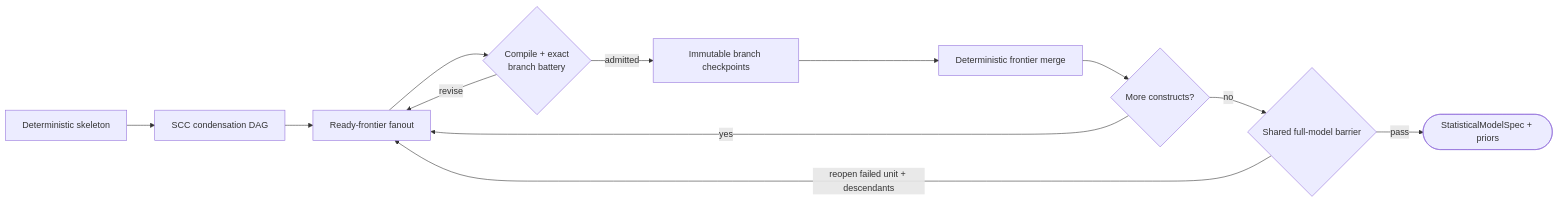
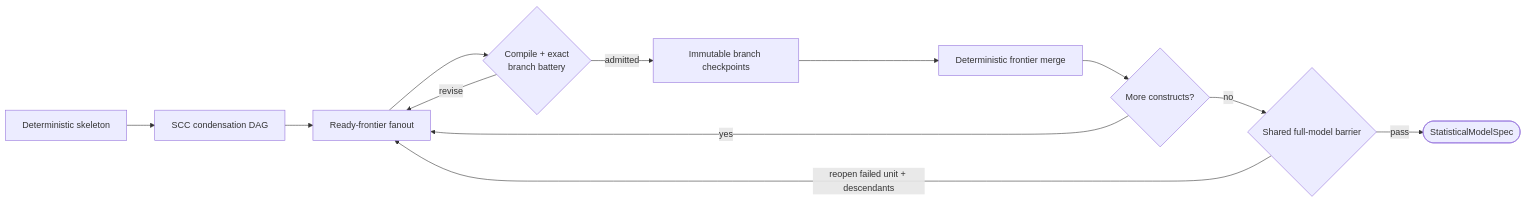
One commit to ma9o/nof1-causal-lab changed the diagram in docs/pipeline/statistical-model-spec.md. Above: the diagram before and after it, drawn with Mermaid. The commit also changed other lines of this file and 92 other files, not shown here.

````diff
--- a/docs/pipeline/statistical-model-spec.md
+++ b/docs/pipeline/statistical-model-spec.md
@@ -27,14 +27,14 @@
 ```mermaid
 flowchart LR
     S[Deterministic skeleton] --> O[SCC condensation DAG]
     O --> P[Ready-frontier fanout]
     P --> A{Compile + exact\nbranch battery}
     A -- revise --> P
     A -- admitted --> C[Immutable branch checkpoints]
     C --> M[Deterministic frontier merge]
     M --> N{More constructs?}
     N -- yes --> P
     N -- no --> B{Shared full-model barrier}
     B -- reopen failed unit + descendants --> P
-    B -- pass --> F([StatisticalModelSpec + priors])
+    B -- pass --> F([StatisticalModelSpec])
 ```
````
